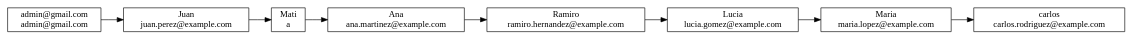
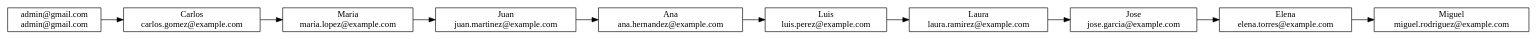
One commit to MReyes09/-EDD-Proyectos_202202233 changed the diagram in Proyecto Fase 1/report/list_Users.dot. Above: the diagram before and after it, drawn with Graphviz. The commit also changed 18 other files, not shown here.

```diff
--- a/Proyecto Fase 1/report/list_Users.dot
+++ b/Proyecto Fase 1/report/list_Users.dot
@@ -1,19 +1,23 @@
 digraph G {
 node [shape=record];
 rankdir=LR;
 node0 [label="{admin@gmail.com\nadmin@gmail.com}"];
 node0 -> node1;
-node1 [label="{Juan\njuan.perez@example.com}"];
+node1 [label="{Carlos\ncarlos.gomez@example.com}"];
 node1 -> node2;
-node2 [label="{Mati\na}"];
+node2 [label="{Maria\nmaria.lopez@example.com}"];
 node2 -> node3;
-node3 [label="{Ana\nana.martinez@example.com}"];
+node3 [label="{Juan\njuan.martinez@example.com}"];
 node3 -> node4;
-node4 [label="{Ramiro\nramiro.hernandez@example.com}"];
+node4 [label="{Ana\nana.hernandez@example.com}"];
 node4 -> node5;
-node5 [label="{Lucia\nlucia.gomez@example.com}"];
+node5 [label="{Luis\nluis.perez@example.com}"];
 node5 -> node6;
-node6 [label="{Maria\nmaria.lopez@example.com}"];
+node6 [label="{Laura\nlaura.ramirez@example.com}"];
 node6 -> node7;
-node7 [label="{carlos\ncarlos.rodriguez@example.com}"];
+node7 [label="{Jose\njose.garcia@example.com}"];
+node7 -> node8;
+node8 [label="{Elena\nelena.torres@example.com}"];
+node8 -> node9;
+node9 [label="{Miguel\nmiguel.rodriguez@example.com}"];
 }
```
